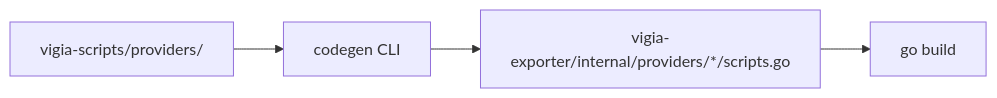
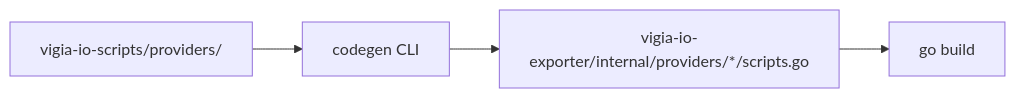
Before and after one commit to vigia-io/vigia-io-exporter: the diagram in .github/skills/vigia-exporter/references/scripts-codegen-pipeline.md, drawn with Mermaid. The commit also changed other lines of this file and 10 other files, not shown here.

First line of the commit message:
docs: atualiza referências para vigia-io-exporter e remove vigia-spec

````diff
--- a/.github/skills/vigia-exporter/references/scripts-codegen-pipeline.md
+++ b/.github/skills/vigia-exporter/references/scripts-codegen-pipeline.md
@@ -5,6 +5,6 @@
 ```mermaid
 flowchart LR
-    A[vigia-scripts/providers/] --> B[codegen CLI]
-    B --> C[vigia-exporter/internal/providers/*/scripts.go]
+    A[vigia-io-scripts/providers/] --> B[codegen CLI]
+    B --> C[vigia-io-exporter/internal/providers/*/scripts.go]
     C --> D[go build]
 ```
````
